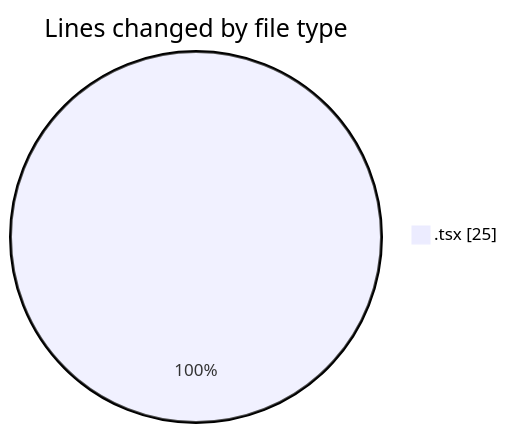
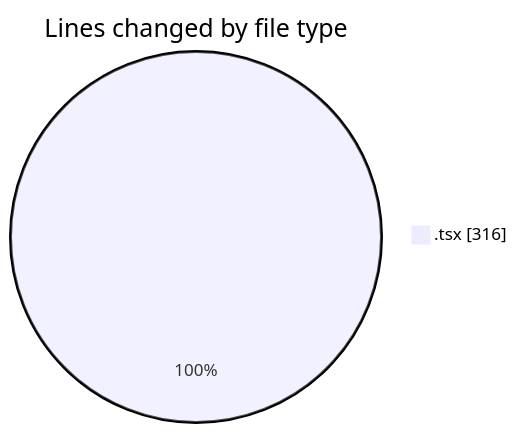
The first of 2 diagrams in 2025-02-08/portofolio/README.md (donsfak/code-tracking), drawn with Mermaid before and after one commit. The commit also changed other lines of this file and 1 other file, not shown here.

````diff
--- a/2025-02-08/portofolio/README.md
+++ b/2025-02-08/portofolio/README.md
@@ -20,5 +20,5 @@
 ```mermaid
 pie showData
 title Lines changed by file type
-".tsx" : 25
+".tsx" : 316
 ```
````
